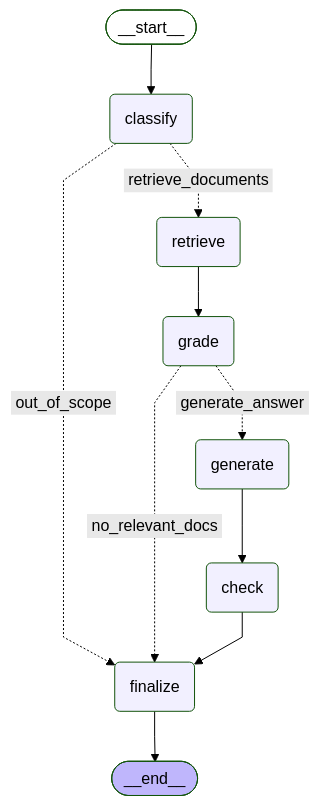
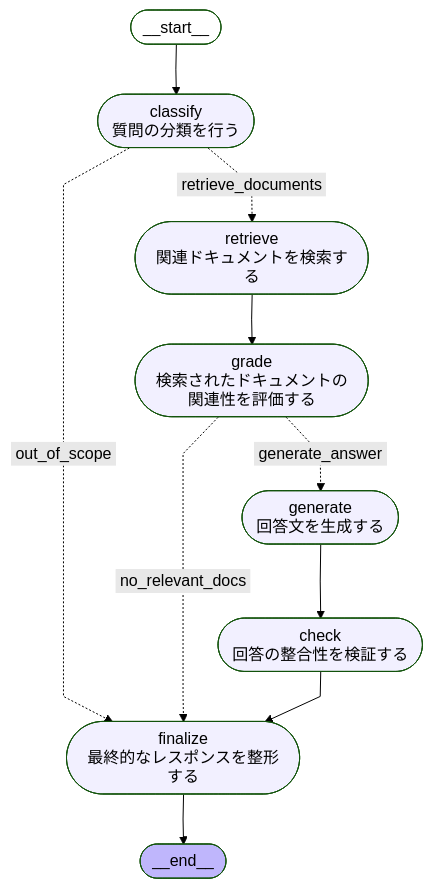
Before and after one commit to kohosoda/langchain_test: the diagram in README.md, drawn with Mermaid (forest theme).

Commit message:
docs: Mermaidグラフにノードの説明を追加

````diff
--- a/README.md
+++ b/README.md
@@ -69,29 +69,29 @@
 ```mermaid
 ---
 config:
   flowchart:
     curve: linear
 ---
 graph TD;
 	__start__([<p>__start__</p>]):::first
-	classify(classify)
-	retrieve(retrieve)
-	grade(grade)
-	generate(generate)
-	check(check)
-	finalize(finalize)
+	classify(["classify<br/>質問の分類を行う"])
+	retrieve(["retrieve<br/>関連ドキュメントを検索する"])
+	grade(["grade<br/>検索されたドキュメントの関連性を評価する"])
+	generate(["generate<br/>回答文を生成する"])
+	check(["check<br/>回答の整合性を検証する"])
+	finalize(["finalize<br/>最終的なレスポンスを整形する"])
 	__end__([<p>__end__</p>]):::last
 	__start__ --> classify;
 	check --> finalize;
 	classify -. &nbsp;out_of_scope&nbsp; .-> finalize;
 	classify -. &nbsp;retrieve_documents&nbsp; .-> retrieve;
 	generate --> check;
 	grade -. &nbsp;no_relevant_docs&nbsp; .-> finalize;
 	grade -. &nbsp;generate_answer&nbsp; .-> generate;
 	retrieve --> grade;
 	finalize --> __end__;
 	classDef default fill:#f2f0ff,line-height:1.2
 	classDef first fill-opacity:0
 	classDef last fill:#bfb6fc
 
 ```
````
